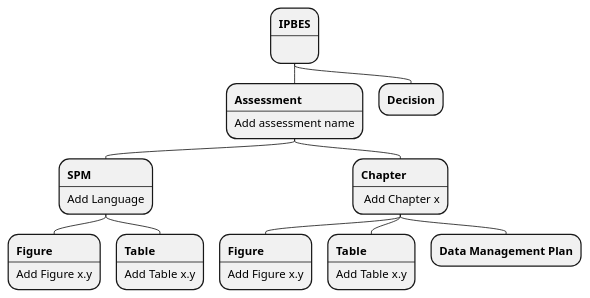
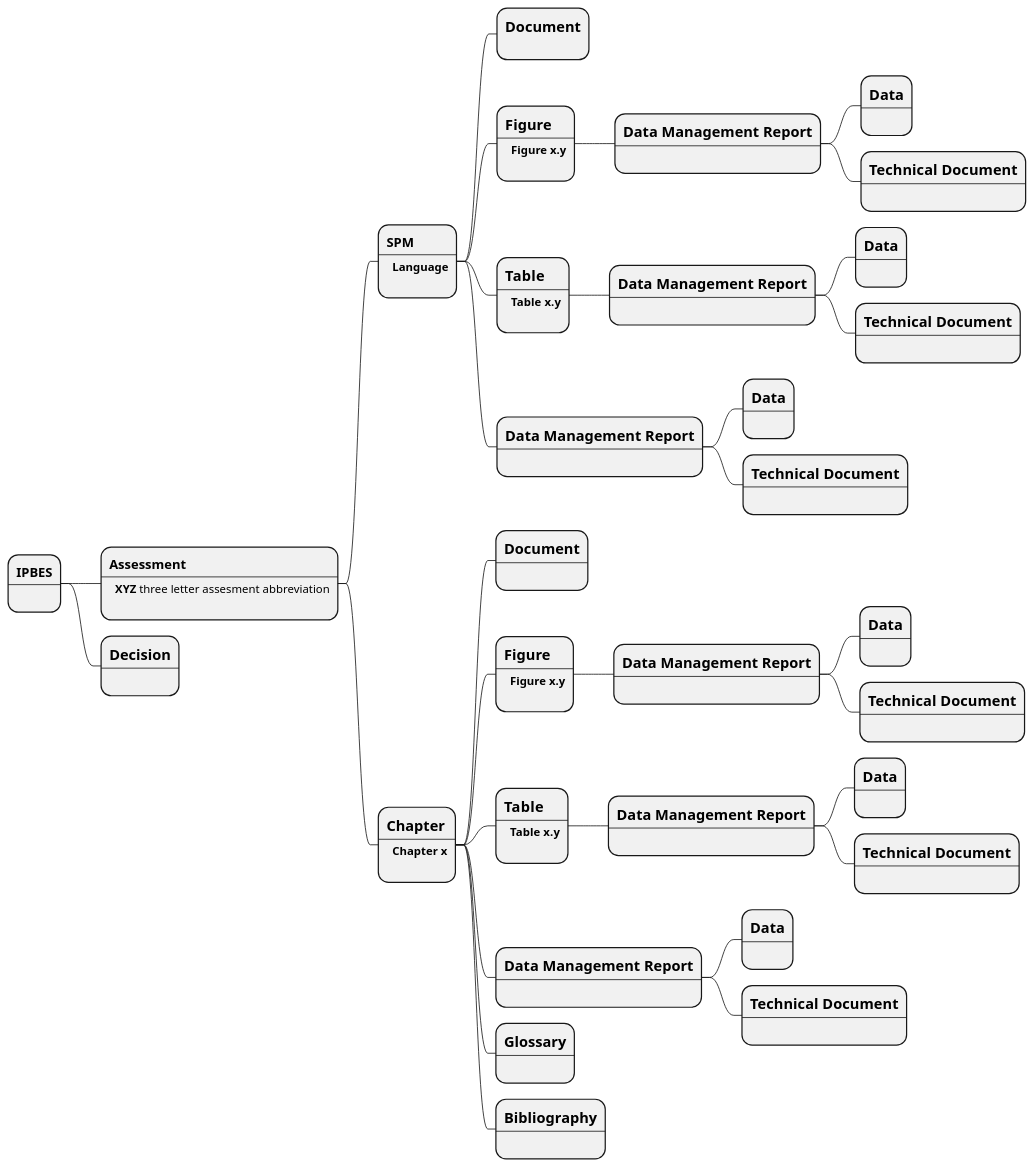
The diagram in input/keywords.plantuml (IPBES-Data/IPBES_tsu_zenodo), drawn with PlantUML before and after one commit. The commit also changed 5 other files, not shown here.

Commit message:
Keyword suggestion and coloured network graph added

```diff
--- a/input/keywords.plantuml
+++ b/input/keywords.plantuml
@@ -1,13 +1,107 @@
 @startmindmap
-top to bottom direction
-* **IPBES**\n----\n
-** **Assessment**\n----\nAdd assessment name
-*** **SPM**\n----\nAdd Language
-**** **Figure**\n----\nAdd Figure x.y
-**** **Table**\n----\nAdd Table x.y
-*** **Chapter**\n----\n Add Chapter x
-**** **Figure**\n----\nAdd Figure x.y
-**** **Table**\n----\nAdd Table x.y
-**** **Data Management Plan**
-** **Decision**
+toleft p to right direction
+
+*:==IPBES
+----
+;
+**:==Assessment
+----
+  **XYZ** three letter assesment abbreviation
+;
+
+***:==SPM
+----
+  **Language**
+;
+****:=Document
+;
+****:=Figure
+----
+  **Figure x.y**
+;
+*****:=Data Management Report
+----
+;
+******:=Data
+----
+;
+******:=Technical Document
+----
+;
+****:=Table
+----
+  **Table x.y**
+;
+*****:=Data Management Report
+----
+;
+******:=Data
+----
+;
+******:=Technical Document
+----
+;
+****:=Data Management Report
+----
+;
+*****:=Data
+----
+;
+*****:=Technical Document
+----
+;
+
+***:=Chapter
+----
+  **Chapter x**
+;
+
+****:=Document
+----
+;
+
+****:=Figure
+----
+  **Figure x.y**
+;
+*****:=Data Management Report
+----
+;
+******:=Data
+----
+;
+******:=Technical Document
+----
+;
+****:=Table
+----
+  **Table x.y**
+;
+*****:=Data Management Report
+----
+;
+******:=Data
+----
+;
+******:=Technical Document
+----
+;
+****:=Data Management Report
+----
+;
+*****:=Data
+----
+;
+*****:=Technical Document
+----
+;
+****:=Glossary
+----
+;
+****:=Bibliography
+----
+;
+**:=Decision
+----
+;
 @endmindmap
```
